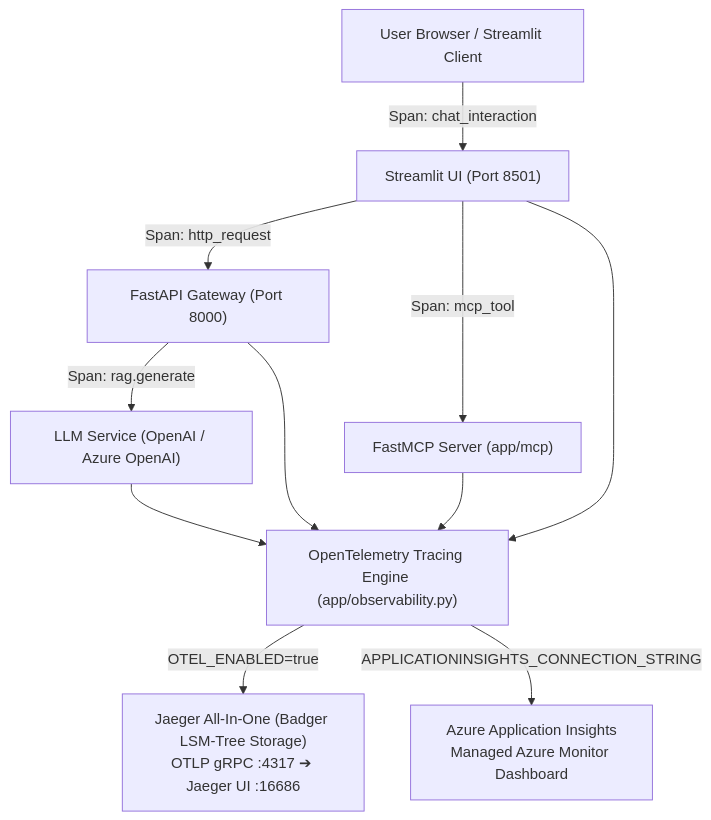
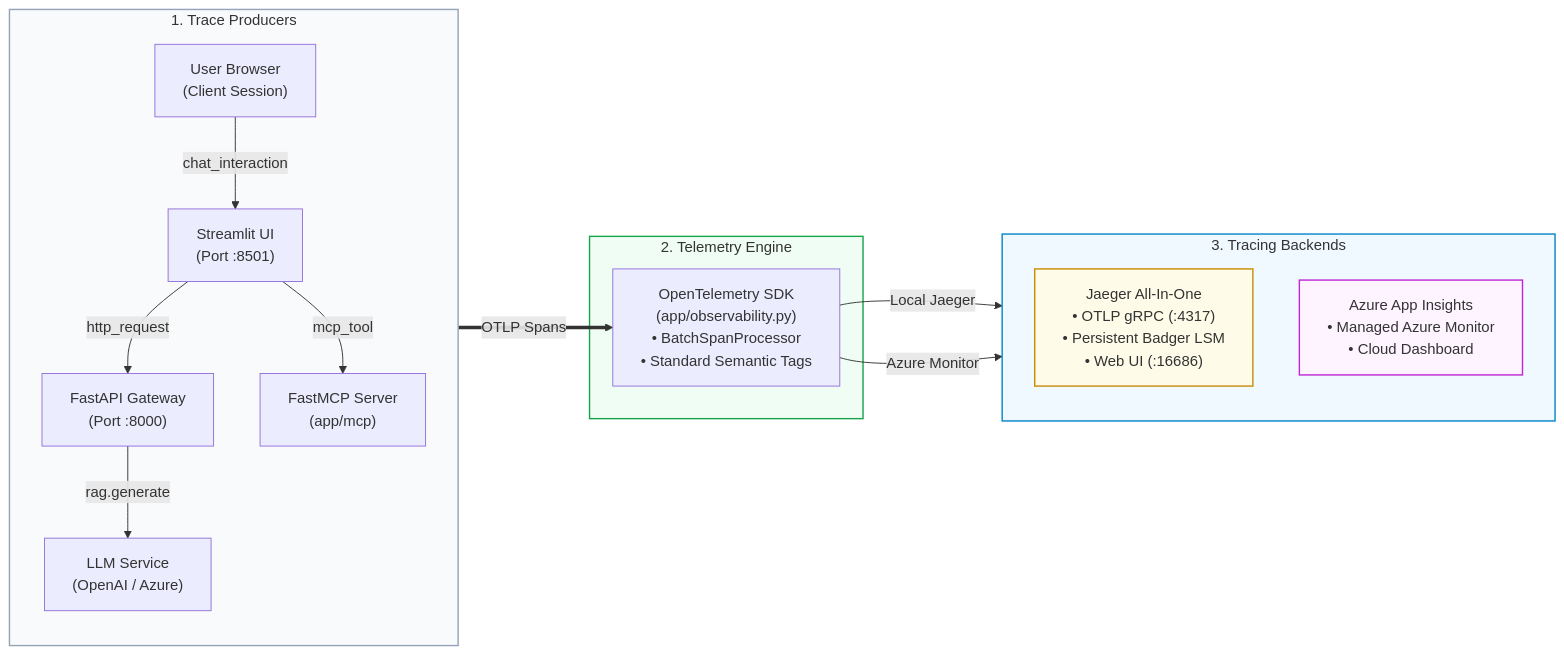
One commit to Kenono2000/enterprise-rag-pgvector-rbac changed the fifth of 6 diagrams in README.md. Above: the diagram before and after it, drawn with Mermaid. The commit also changed other lines of this file and 21 other files, not shown here.

Commit message:
feat: implement multi-cloud backends, GCP/Databricks search clients, and migration utilities

````diff
--- a/README.md
+++ b/README.md
@@ -446,15 +511,36 @@
 ```mermaid
-flowchart TD
-    Browser["User Browser / Streamlit Client"] -->|Span: chat_interaction| UI["Streamlit UI (Port 8501)"]
-    UI -->|Span: http_request| API["FastAPI Gateway (Port 8000)"]
-    UI -->|Span: mcp_tool| MCP["FastMCP Server (app/mcp)"]
-    API -->|Span: rag.generate| LLM["LLM Service (OpenAI / Azure OpenAI)"]
+flowchart LR
+    subgraph Sources ["1. Trace Producers"]
+        direction TB
+        Browser["User Browser<br/>(Client Session)"]
+        UI["Streamlit UI<br/>(Port :8501)"]
+        API["FastAPI Gateway<br/>(Port :8000)"]
+        MCP["FastMCP Server<br/>(app/mcp)"]
+        LLM["LLM Service<br/>(OpenAI / Azure)"]
 
-    API --> OTel["OpenTelemetry Tracing Engine (app/observability.py)"]
-    UI --> OTel
-    MCP --> OTel
-    LLM --> OTel
+        Browser -->|chat_interaction| UI
+        UI -->|http_request| API
+        UI -->|mcp_tool| MCP
+        API -->|rag.generate| LLM
+    end
 
-    OTel -->|OTEL_ENABLED=true| Jaeger["Jaeger All-In-One (Badger LSM-Tree Storage)<br/>OTLP gRPC :4317 ➔ Jaeger UI :16686"]
-    OTel -->|APPLICATIONINSIGHTS_CONNECTION_STRING| AppInsights["Azure Application Insights<br/>Managed Azure Monitor Dashboard"]
+    subgraph Core ["2. Telemetry Engine"]
+        OTel["OpenTelemetry SDK<br/>(app/observability.py)<br/>• BatchSpanProcessor<br/>• Standard Semantic Tags"]
+    end
+
+    subgraph Sinks ["3. Tracing Backends"]
+        direction TB
+        Jaeger["Jaeger All-In-One<br/>• OTLP gRPC (:4317)<br/>• Persistent Badger LSM<br/>• Web UI (:16686)"]
+        AppInsights["Azure App Insights<br/>• Managed Azure Monitor<br/>• Cloud Dashboard"]
+    end
+
+    Sources ==>|OTLP Spans| OTel
+    OTel -->|Local Jaeger| Jaeger
+    OTel -->|Azure Monitor| AppInsights
+
+    style Sources fill:#f8fafc,stroke:#94a3b8,stroke-width:1.5px
+    style Core fill:#f0fdf4,stroke:#16a34a,stroke-width:1.5px
+    style Sinks fill:#f0f9ff,stroke:#0284c7,stroke-width:1.5px
+    style Jaeger fill:#fefce8,stroke:#ca8a04,stroke-width:1.5px
+    style AppInsights fill:#fdf4ff,stroke:#c026d3,stroke-width:1.5px
 ```
````
